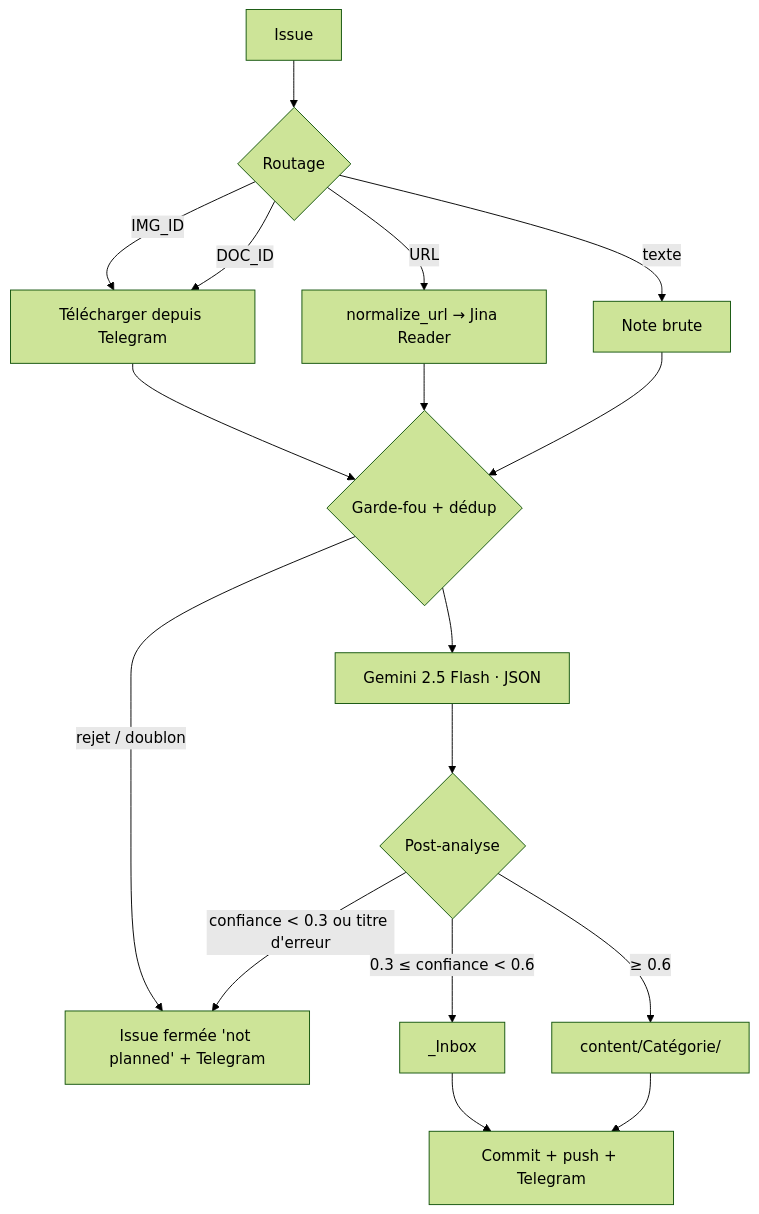
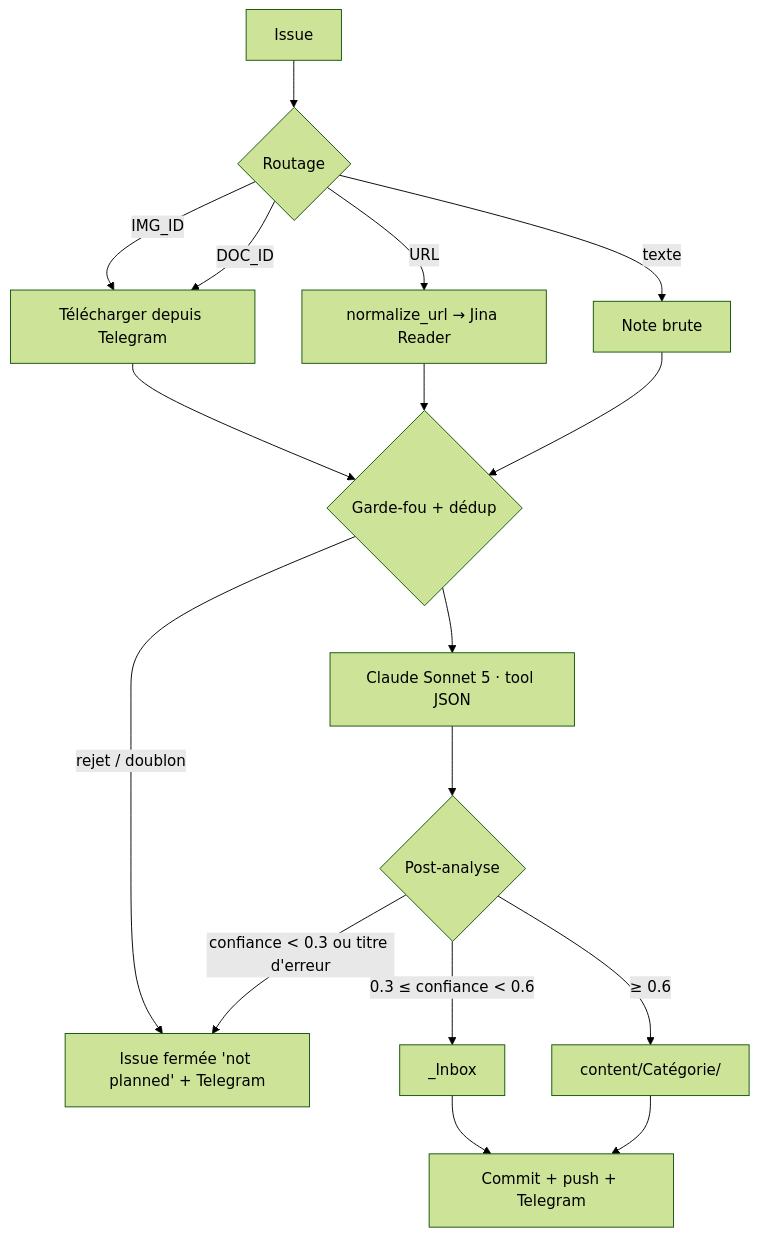
The diagram in docs/wf1_ingest.md (yajeddig/ResearchOps), drawn with Mermaid (forest theme) before and after one commit. The commit also changed other lines of this file and 11 other files, not shown here.

````diff
--- a/docs/wf1_ingest.md
+++ b/docs/wf1_ingest.md
@@ -13,19 +13,19 @@
 ```mermaid
 graph TD
     A[Issue] --> B{Routage}
     B -->|IMG_ID| C[Télécharger depuis Telegram]
     B -->|DOC_ID| C
     B -->|URL| D[normalize_url → Jina Reader]
     B -->|texte| E[Note brute]
     C --> F{Garde-fou + dédup}
     D --> F
     E --> F
     F -->|rejet / doublon| X[Issue fermée 'not planned' + Telegram]
-    F --> G[Gemini 2.5 Flash · JSON]
+    F --> G[Claude Sonnet 5 · tool JSON]
     G --> H{Post-analyse}
     H -->|confiance < 0.3 ou titre d'erreur| X
     H -->|0.3 ≤ confiance < 0.6| I[_Inbox]
     H -->|≥ 0.6| J[content/Catégorie/]
     I --> K[Commit + push + Telegram]
     J --> K
 ```
````
